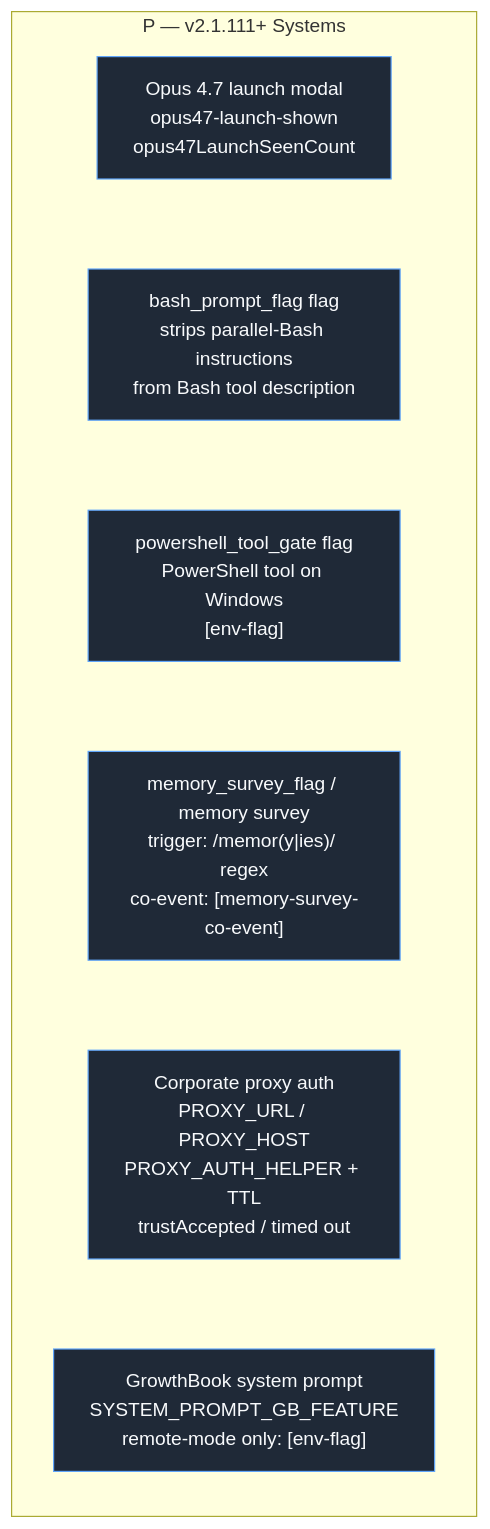
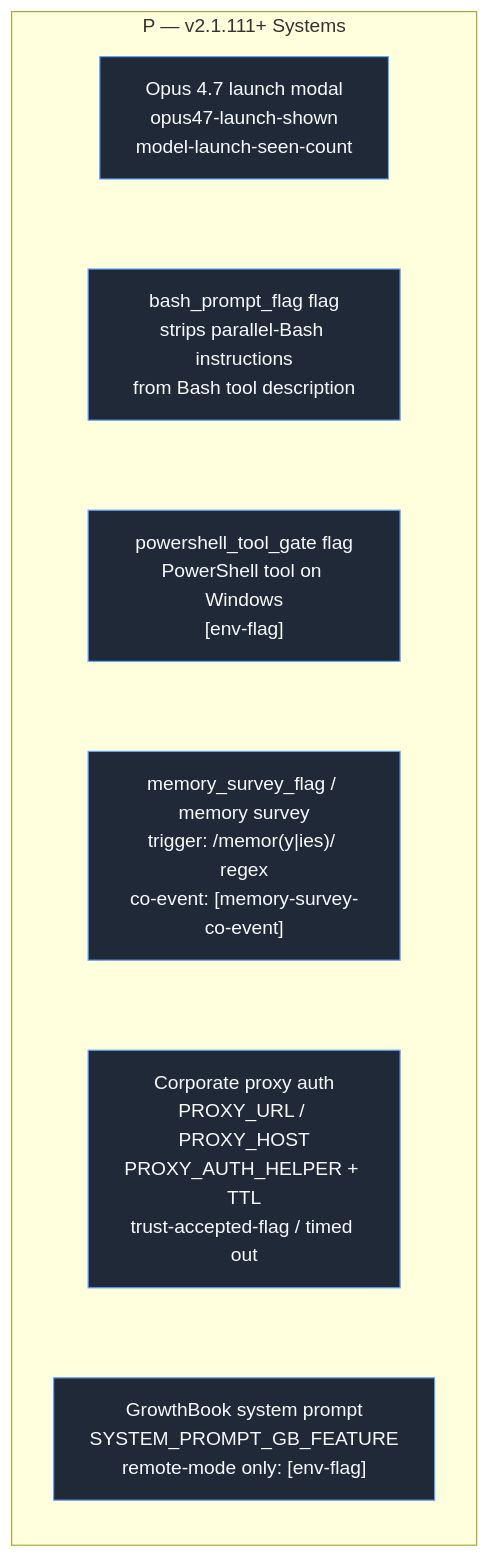
One commit to pjt222/claude-buddy-investigation changed the diagram in docs/flow/NEW111.mmd. Above: the diagram before and after it, drawn with Mermaid. The commit also changed 15 other files, not shown here.

```diff
--- a/docs/flow/NEW111.mmd
+++ b/docs/flow/NEW111.mmd
@@ -1,26 +1,26 @@
 flowchart LR
     %% NEW111 — P — v2.1.111+ Systems
     subgraph NEW111["P — v2.1.111+ Systems"]
         direction TB
-        model_launch_modal["Opus 4.7 launch modal<br/>opus47-launch-shown<br/>opus47LaunchSeenCount"]:::core
+        model_launch_modal["Opus 4.7 launch modal<br/>opus47-launch-shown<br/>model-launch-seen-count"]:::core
         bash_prompt_flag["bash_prompt_flag flag<br/>strips parallel-Bash instructions<br/>from Bash tool description"]:::core
         powershell_tool_gate["powershell_tool_gate flag<br/>PowerShell tool on Windows<br/>[env-flag]"]:::core
         memory_survey_flag["memory_survey_flag / memory survey<br/>trigger: /memor(y|ies)/ regex<br/>co-event: [memory-survey-co-event]"]:::core
-        proxy_auth["Corporate proxy auth<br/>PROXY_URL / PROXY_HOST<br/>PROXY_AUTH_HELPER + TTL<br/>trustAccepted / timed out"]:::core
+        proxy_auth["Corporate proxy auth<br/>PROXY_URL / PROXY_HOST<br/>PROXY_AUTH_HELPER + TTL<br/>trust-accepted-flag / timed out"]:::core
         gb_sys_prompt["GrowthBook system prompt<br/>SYSTEM_PROMPT_GB_FEATURE<br/>remote-mode only: [env-flag]"]:::core
     end
 
     %% invisible links: stack 6 disconnected groups vertically rather than side by side
     model_launch_modal ~~~ bash_prompt_flag
     bash_prompt_flag ~~~ powershell_tool_gate
     powershell_tool_gate ~~~ memory_survey_flag
     memory_survey_flag ~~~ proxy_auth
     proxy_auth ~~~ gb_sys_prompt
 
 
     classDef core fill:#1f2937,stroke:#60a5fa,color:#f8fafc,stroke-width:1px
     classDef gap fill:#3f1d1d,stroke:#f87171,color:#fecaca,stroke-dasharray: 4 3,stroke-width:1px
     classDef removed fill:#1a1a1a,stroke:#6b7280,color:#9ca3af,stroke-dasharray: 2,stroke-width:1px
     classDef ours fill:#1e293b,stroke:#a78bfa,color:#e9d5ff,stroke-width:1px
     classDef baseline fill:#1f2937,stroke:#34d399,color:#d1fae5,stroke-width:1px
     classDef risk fill:#3f1d1d,stroke:#fb7185,color:#fecdd3,stroke-width:2px
```
